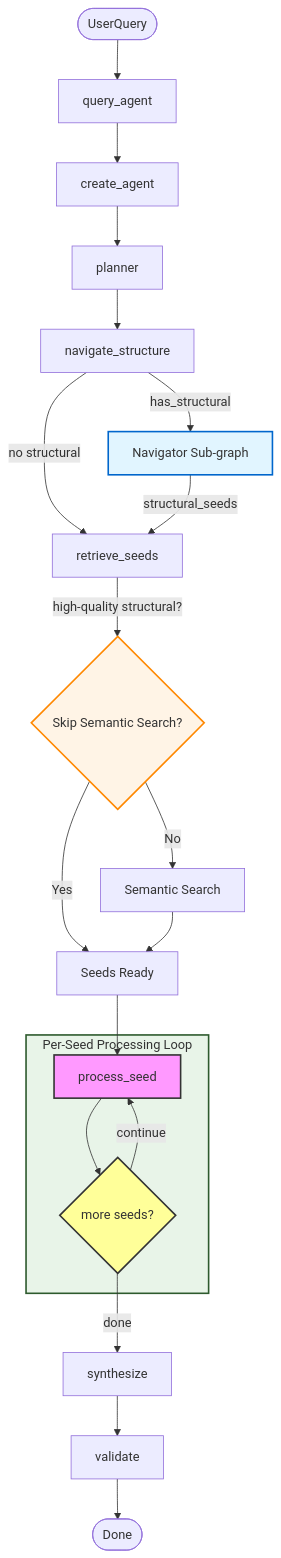
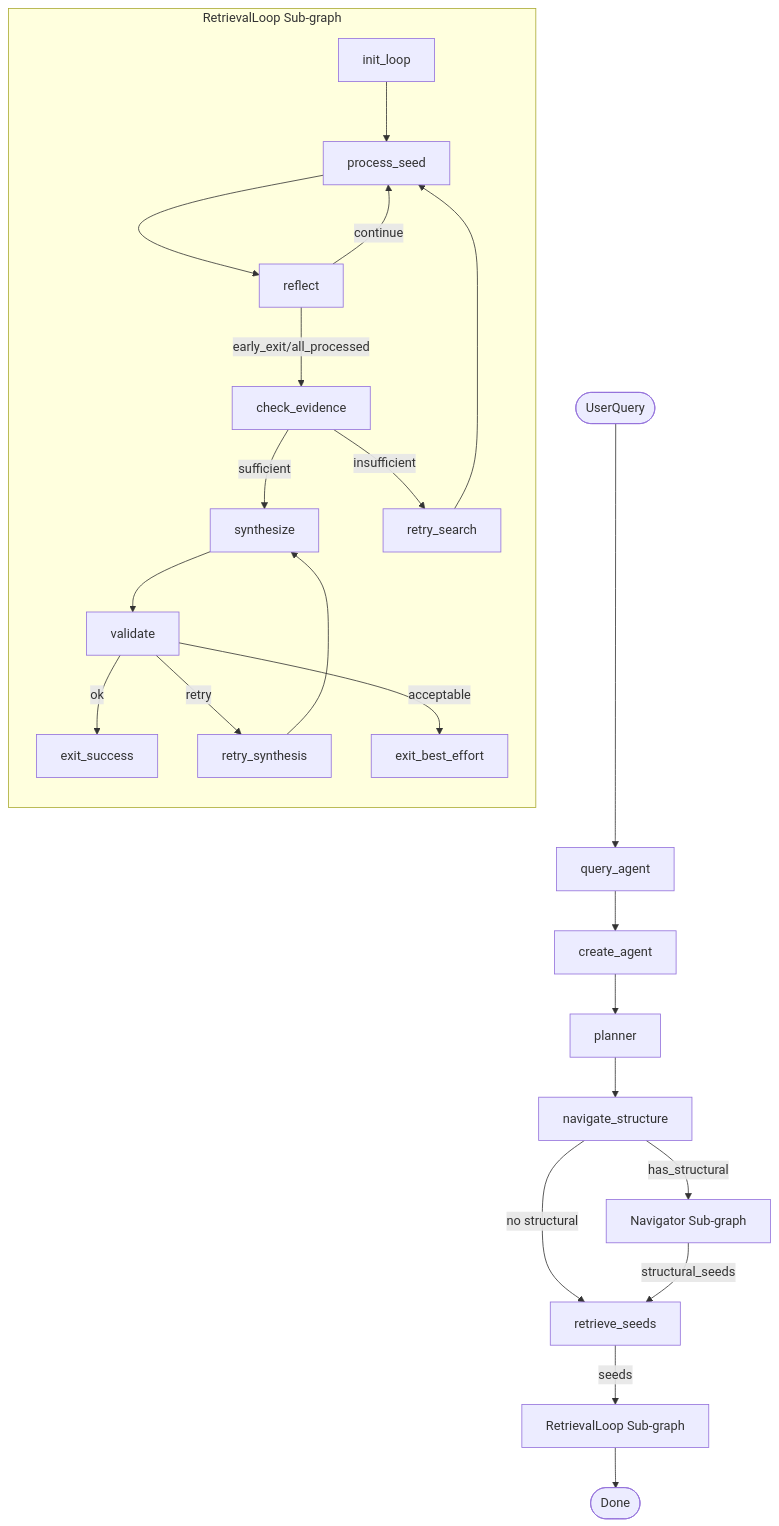
Before and after one commit to MuhammadAli13562/ExRAG: the first of 4 diagrams in retrieval/agent_flowchart.md, drawn with Mermaid. The commit also changed other lines of this file and 16 other files, not shown here.

````diff
--- a/retrieval/agent_flowchart.md
+++ b/retrieval/agent_flowchart.md
@@ -8,33 +10,31 @@
 ```mermaid
 flowchart TD
     Start([UserQuery]) --> QueryAgent[query_agent]
     QueryAgent --> CreateAgent[create_agent]
     CreateAgent --> Planner[planner]
     Planner --> Navigate[navigate_structure]
     
     Navigate -->|has_structural| NavigatorSubgraph[Navigator Sub-graph]
     Navigate -->|no structural| Retrieve[retrieve_seeds]
     NavigatorSubgraph -->|structural_seeds| Retrieve
     
-    Retrieve -->|high-quality structural?| SkipSemantic{Skip Semantic Search?}
-    SkipSemantic -->|Yes| SeedsReady[Seeds Ready]
-    SkipSemantic -->|No| SemanticSearch[Semantic Search]
-    SemanticSearch --> SeedsReady
+    Retrieve -->|seeds| RetrievalLoop[RetrievalLoop Sub-graph]
     
-    SeedsReady --> ProcessSeed[process_seed]
-    
-    subgraph SeedLoop["Per-Seed Processing Loop"]
-        ProcessSeed --> Route{more seeds?}
-        Route -->|continue| ProcessSeed
+    subgraph RetrievalLoopBox["RetrievalLoop Sub-graph"]
+        direction TB
+        InitLoop[init_loop] --> ProcessSeed[process_seed]
+        ProcessSeed --> Reflect[reflect]
+        Reflect -->|continue| ProcessSeed
+        Reflect -->|early_exit/all_processed| CheckEvidence[check_evidence]
+        CheckEvidence -->|sufficient| Synthesize[synthesize]
+        CheckEvidence -->|insufficient| RetrySearch[retry_search]
+        RetrySearch --> ProcessSeed
+        Synthesize --> Validate[validate]
+        Validate -->|ok| ExitSuccess[exit_success]
+        Validate -->|retry| RetrySynthesis[retry_synthesis]
+        Validate -->|acceptable| ExitBest[exit_best_effort]
+        RetrySynthesis --> Synthesize
     end
     
-    Route -->|done| Synthesize[synthesize]
-    Synthesize --> Validate[validate]
-    Validate --> DoneNode([Done])
-    
-    style NavigatorSubgraph fill:#e1f5ff,stroke:#0066cc,stroke-width:2px
-    style SeedLoop fill:#e8f4e8,stroke:#2d5a2d,stroke-width:2px
-    style ProcessSeed fill:#f9f,stroke:#333,stroke-width:2px
-    style Route fill:#ff9,stroke:#333,stroke-width:2px
-    style SkipSemantic fill:#fff4e6,stroke:#ff8800,stroke-width:2px
+    RetrievalLoop --> DoneNode([Done])
 ```
````
